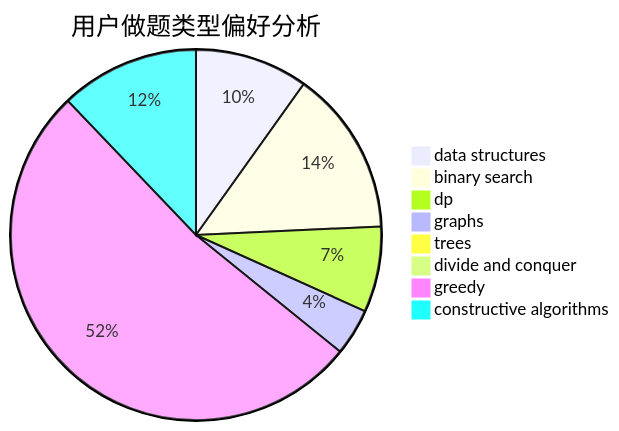
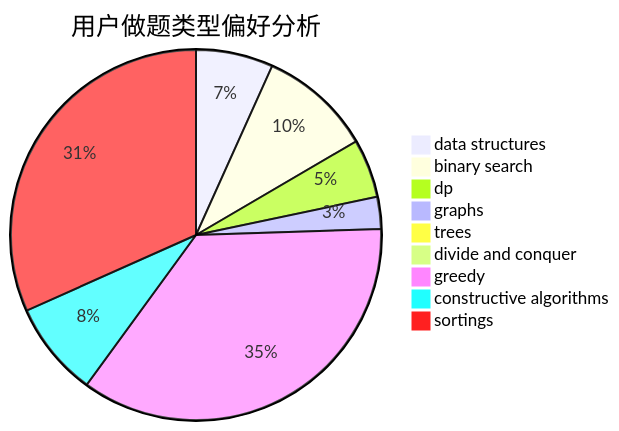
One commit to sherpahu/cfrs.github.io changed the second of 3 diagrams in docs/user/u389.md. Above: the diagram before and after it, drawn with Mermaid. The commit also changed other lines of this file and 2769 other files, not shown here.

````diff
--- a/docs/user/u389.md
+++ b/docs/user/u389.md
@@ -23,11 +18,12 @@
 ```mermaid
 pie title 用户做题类型偏好分析
     "data structures" :  87
     "binary search" :  127
     "dp" :  66
     "graphs" :  36
     "trees" :  0
     "divide and conquer" :  8
     "greedy" :  459
     "constructive algorithms" :  107
+    "sortings" :  409
 ```
````
